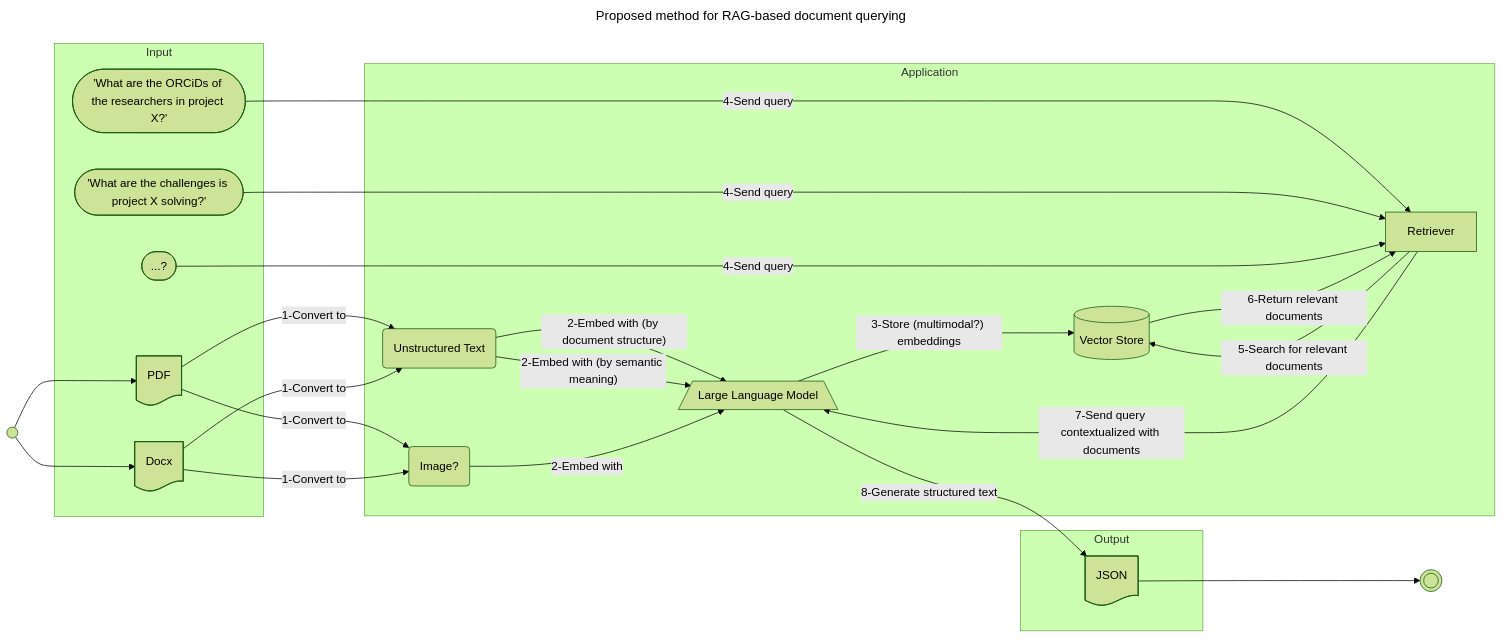
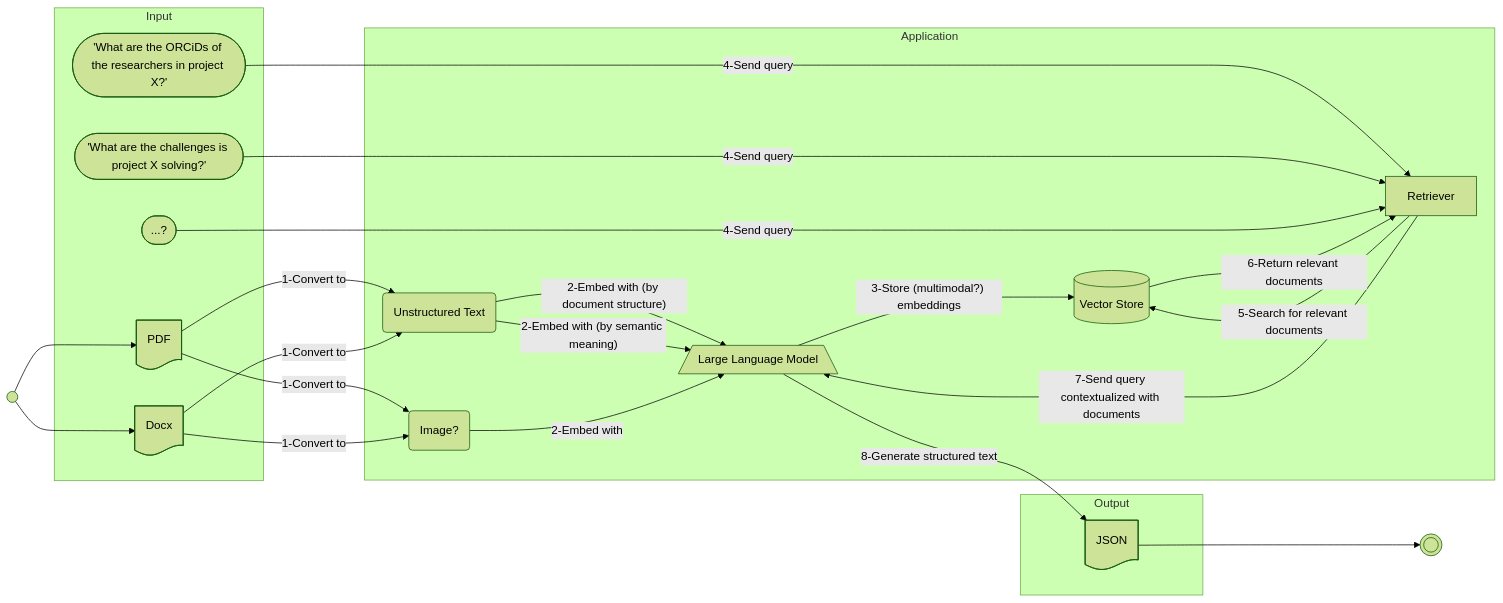
Before and after one commit to VCityTeam/PEPR-VDBI: the first of 3 diagrams in data-integration/README.md, drawn with Mermaid. The commit also changed other lines of this file and 5 other files, not shown here.

````diff
--- a/data-integration/README.md
+++ b/data-integration/README.md
@@ -16,54 +19,53 @@
 ```mermaid
 ---
-title: Proposed method for RAG-based document querying
 config:
   theme: forest
 ---
 flowchart LR
 
   subgraph Application
     LLM[/Large Language Model\]
     R[Retriever]
     VS[(Vector Store)]
     B(Unstructured Text)
     I(Image?)
   end
 
   subgraph Input
     PDF@{ shape: doc }
     Docx@{ shape: doc }
     Q1(["'What are the ORCiDs of the researchers in project X?'"])
     Q2(["'What are the challenges is project X solving?'"])
     Q3(["...?"])
   end
 
   subgraph Output
     JSON@{ shape: doc }
   end
 
   S(( ))
   O((( )))
 
   S --> PDF
   S --> Docx
   PDF -->|1-Convert to| B
   PDF -->|1-Convert to| I
   Docx -->|1-Convert to| B
   Docx -->|1-Convert to| I
 
   B -->|"2-Embed with (by document structure)"| LLM
   B -->|"2-Embed with (by semantic meaning)"| LLM
   I -->|2-Embed with| LLM
   LLM -->|"3-Store (multimodal?) embeddings"| VS
-  
+
   %% Use multiquery rewriting?
   Q1 -->|4-Send query| R
   Q2 -->|4-Send query| R
   Q3 -->|4-Send query| R
 
   R -->|5-Search for relevant documents| VS
   VS -->|6-Return relevant documents| R
   R -->|7-Send query contextualized with documents| LLM
   LLM -->|8-Generate structured text| JSON
   JSON --> O
 ```
````
